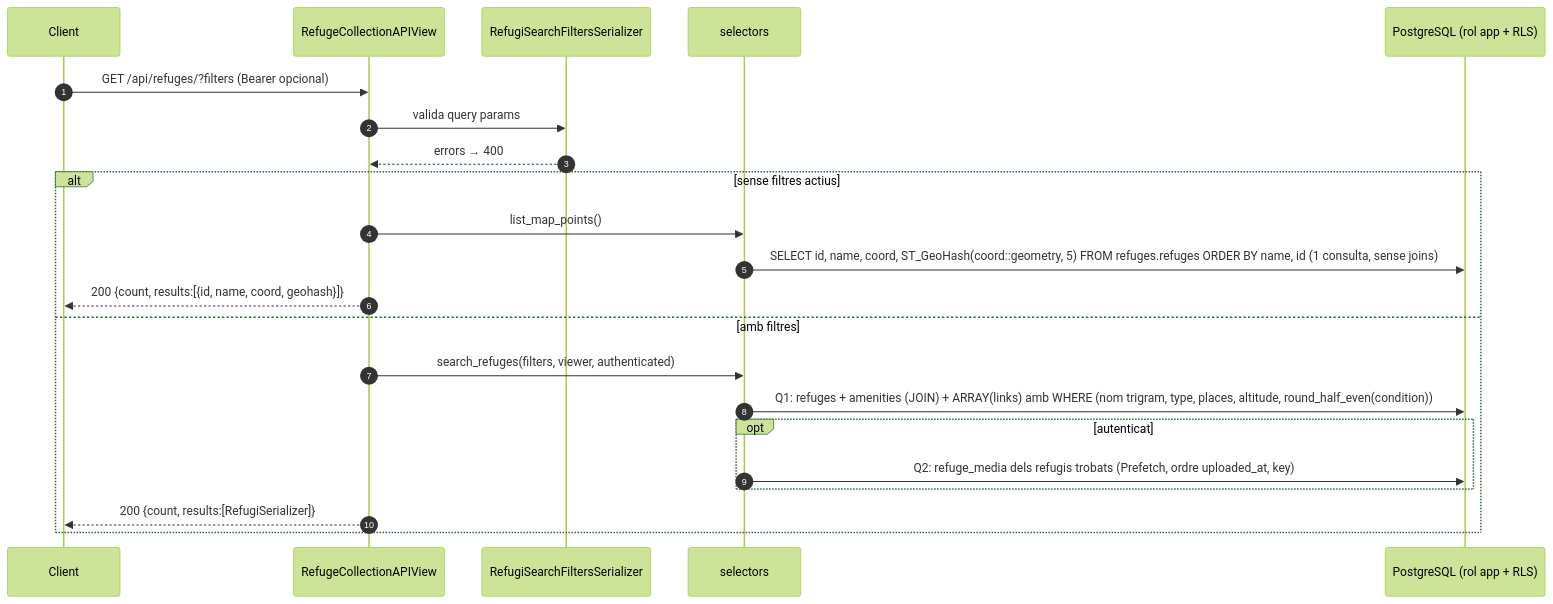
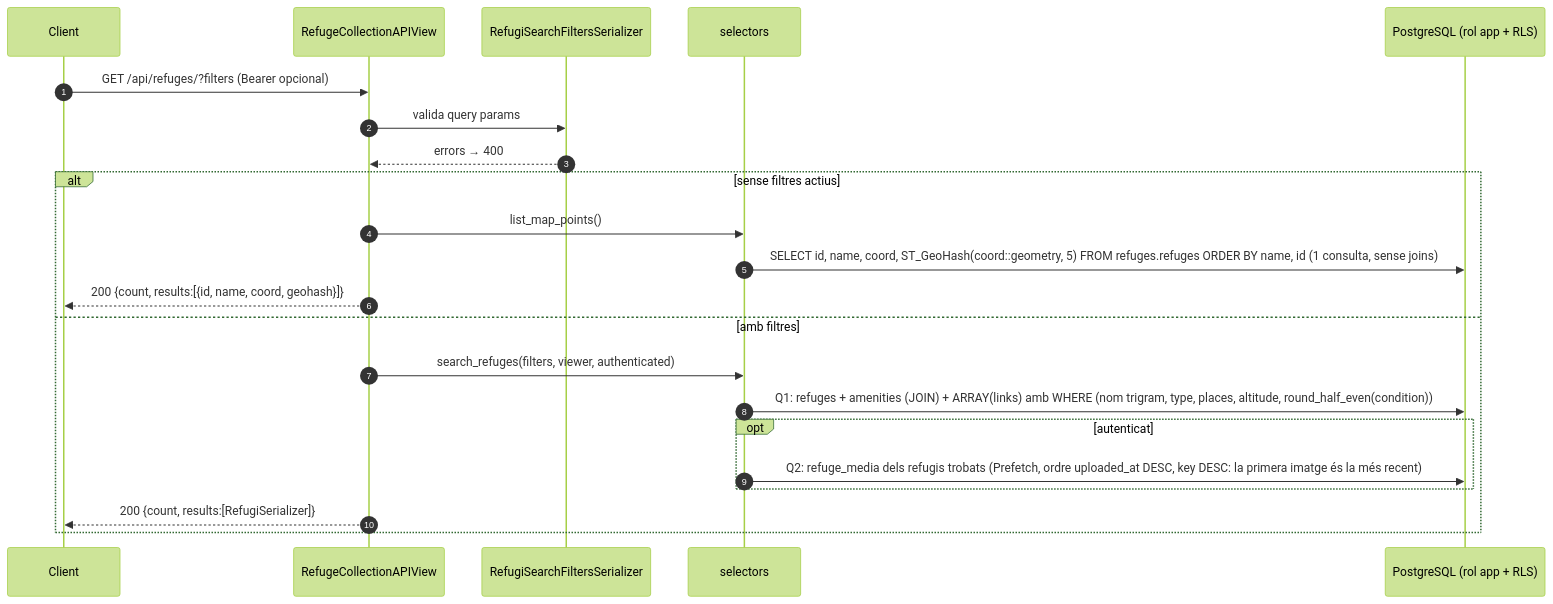
Before and after one commit to jordirev/RefugisLliures_Backend: the diagram in docs/flows/04-refuge-search-detail.md, drawn with Mermaid (forest theme). The commit also changed 8 other files, not shown here.

Commit message:
[Mitjans] fix: fotos de més recent a menys (la primera és la darrera pujada)

````diff
--- a/docs/flows/04-refuge-search-detail.md
+++ b/docs/flows/04-refuge-search-detail.md
@@ -19,25 +19,25 @@
 ```mermaid
 sequenceDiagram
     autonumber
     participant C as Client
     participant V as RefugeCollectionAPIView
     participant S as RefugiSearchFiltersSerializer
     participant SEL as selectors
     participant DB as PostgreSQL (rol app + RLS)
 
     C->>V: GET /api/refuges/?filters (Bearer opcional)
     V->>S: valida query params
     S-->>V: errors → 400
     alt sense filtres actius
         V->>SEL: list_map_points()
         SEL->>DB: SELECT id, name, coord, ST_GeoHash(coord::geometry, 5) FROM refuges.refuges ORDER BY name, id   (1 consulta, sense joins)
         V-->>C: 200 {count, results:[{id, name, coord, geohash}]}
     else amb filtres
         V->>SEL: search_refuges(filters, viewer, authenticated)
         SEL->>DB: Q1: refuges + amenities (JOIN) + ARRAY(links) amb WHERE (nom trigram, type, places, altitude, round_half_even(condition))
         opt autenticat
-            SEL->>DB: Q2: refuge_media dels refugis trobats (Prefetch, ordre uploaded_at, key)
+            SEL->>DB: Q2: refuge_media dels refugis trobats (Prefetch, ordre uploaded_at DESC, key DESC: la primera imatge és la més recent)
         end
         V-->>C: 200 {count, results:[RefugiSerializer]}
     end
 ```
````
